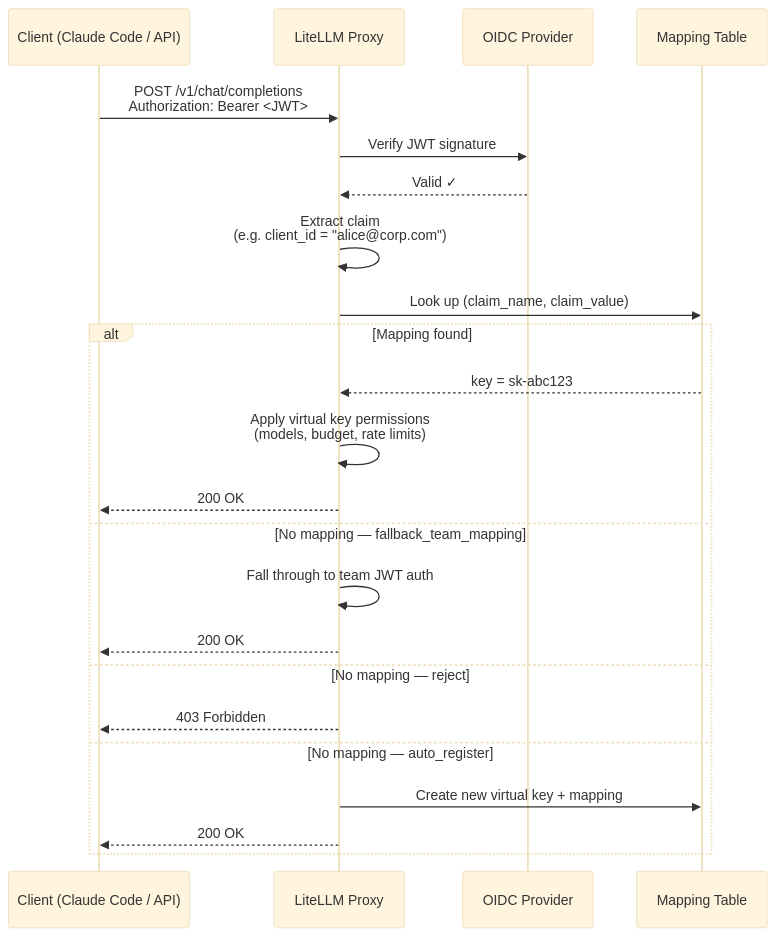
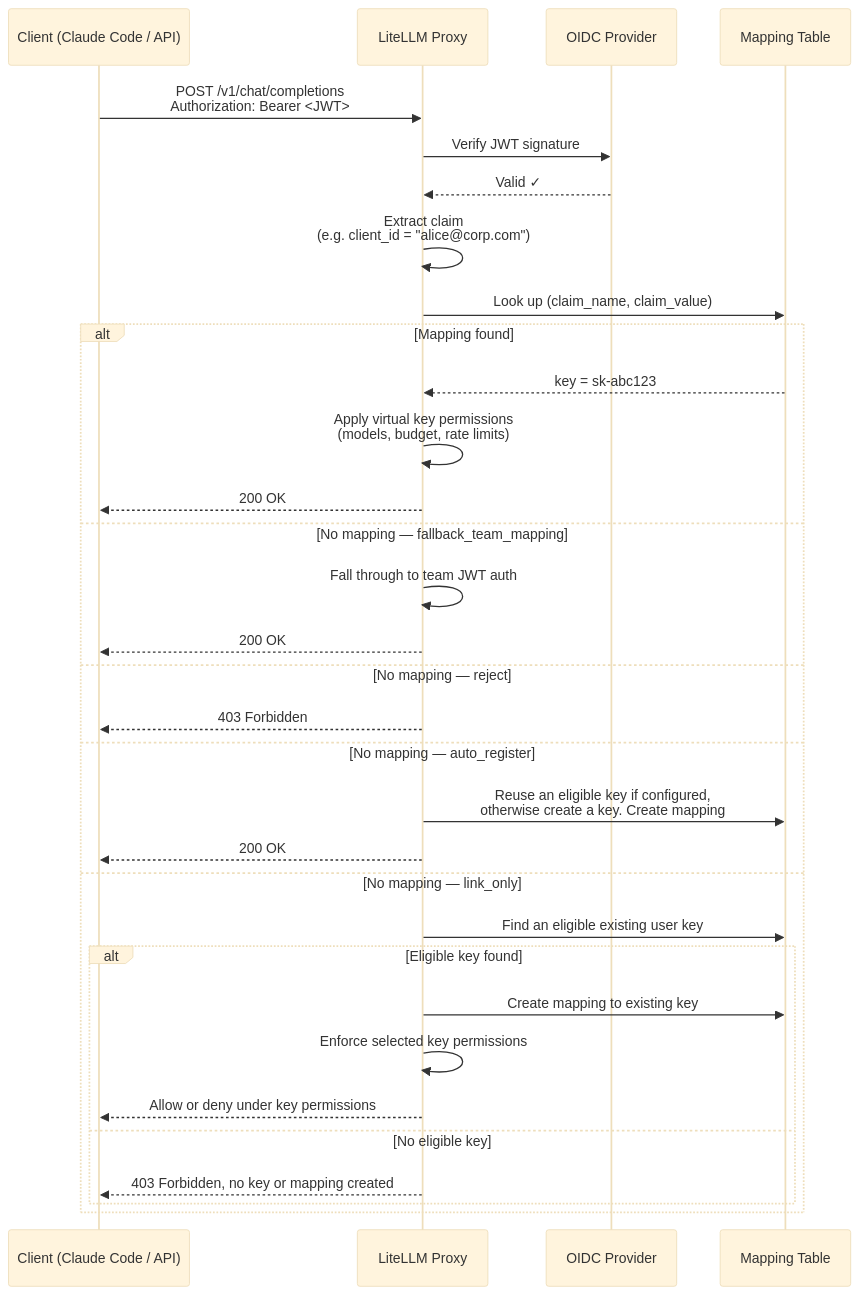
One commit to BerriAI/litellm-docs changed the diagram in docs/proxy/jwt_key_mapping.md. Above: the diagram before and after it, drawn with Mermaid (base theme). The commit also changed other lines of this file and 2 other files, not shown here.

Commit message:
docs(auth): explain JWT link-only mapping and route eligibility

````diff
--- a/docs/proxy/jwt_key_mapping.md
+++ b/docs/proxy/jwt_key_mapping.md
@@ -15,29 +15,38 @@
 ```mermaid
 sequenceDiagram
     participant Client as Client (Claude Code / API)
     participant Proxy as LiteLLM Proxy
     participant OIDC as OIDC Provider
     participant DB as Mapping Table
 
     Client->>Proxy: POST /v1/chat/completions<br/>Authorization: Bearer <JWT>
 
     Proxy->>OIDC: Verify JWT signature
     OIDC-->>Proxy: Valid ✓
 
     Proxy->>Proxy: Extract claim<br/>(e.g. client_id = "alice@corp.com")
 
     Proxy->>DB: Look up (claim_name, claim_value)
     alt Mapping found
         DB-->>Proxy: key = sk-abc123
         Proxy->>Proxy: Apply virtual key permissions<br/>(models, budget, rate limits)
         Proxy-->>Client: 200 OK
     else No mapping — fallback_team_mapping
         Proxy->>Proxy: Fall through to team JWT auth
         Proxy-->>Client: 200 OK
     else No mapping — reject
         Proxy-->>Client: 403 Forbidden
     else No mapping — auto_register
-        Proxy->>DB: Create new virtual key + mapping
+        Proxy->>DB: Reuse an eligible key if configured,<br/>otherwise create a key. Create mapping
         Proxy-->>Client: 200 OK
+    else No mapping — link_only
+        Proxy->>DB: Find an eligible existing user key
+        alt Eligible key found
+            Proxy->>DB: Create mapping to existing key
+            Proxy->>Proxy: Enforce selected key permissions
+            Proxy-->>Client: Allow or deny under key permissions
+        else No eligible key
+            Proxy-->>Client: 403 Forbidden, no key or mapping created
+        end
     end
 ```
````
